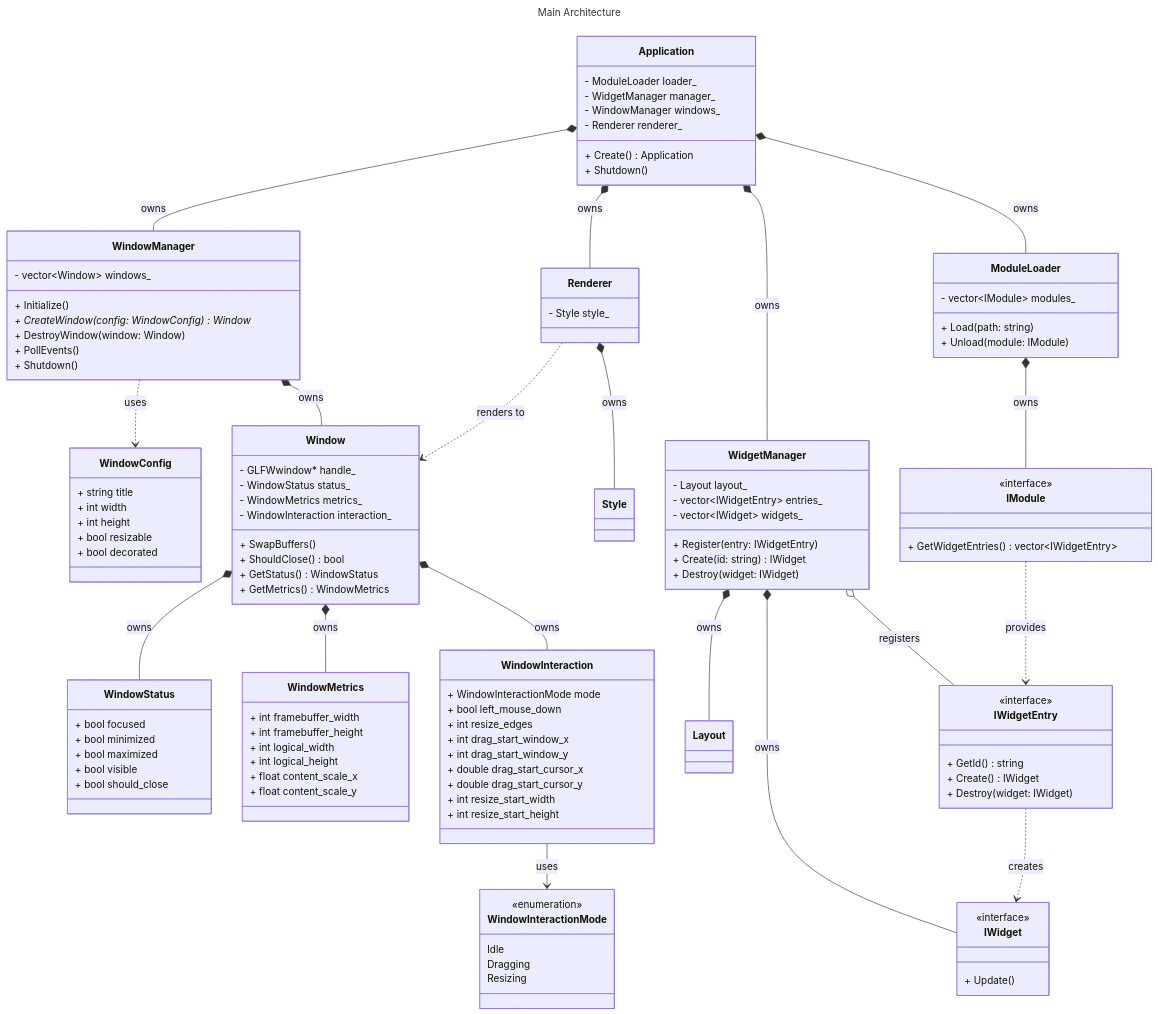
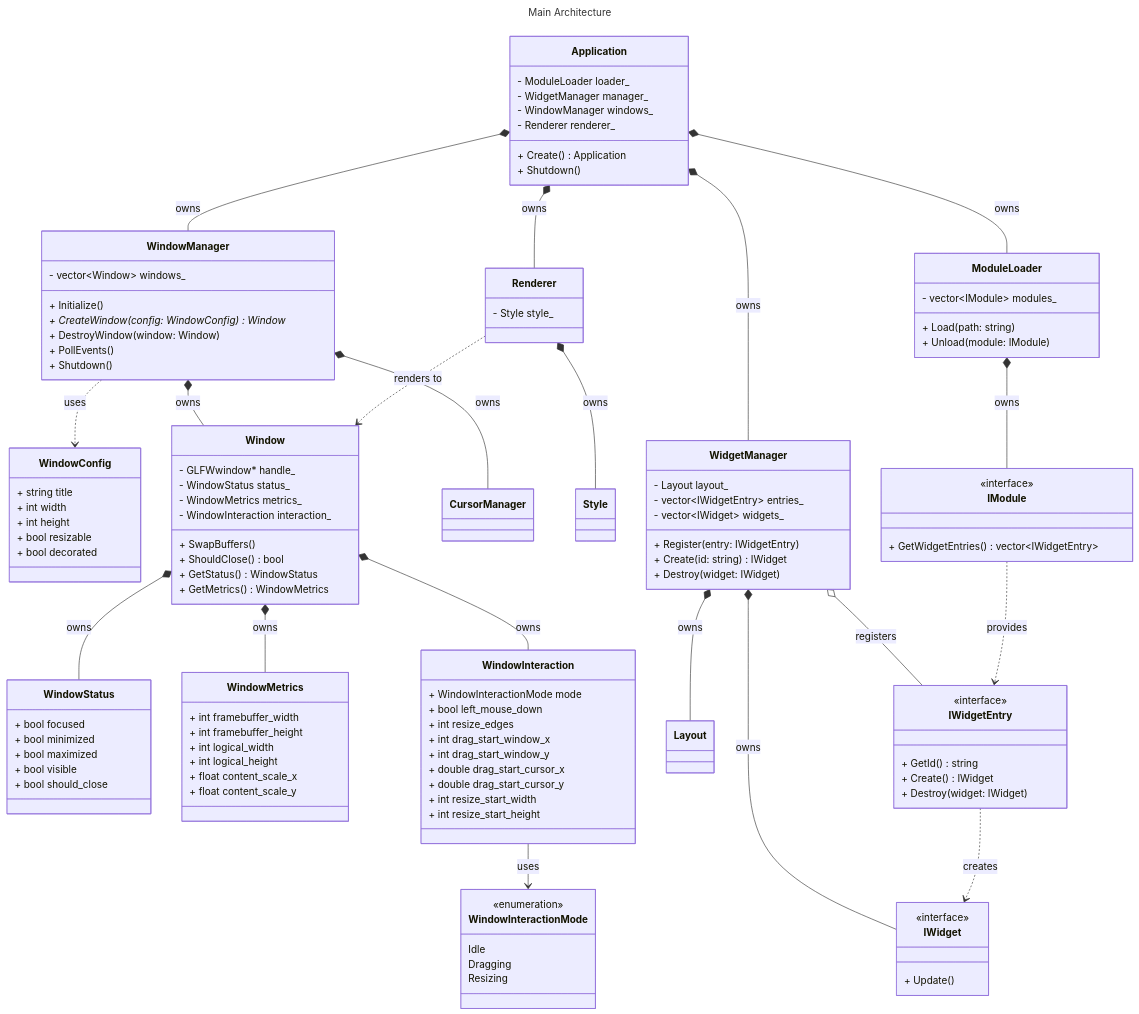
One commit to Arc-Asumity/broise changed the diagram in docs/UML.md. Above: the diagram before and after it, drawn with Mermaid. The commit also changed 7 other files, not shown here.

```diff
--- a/docs/UML.md
+++ b/docs/UML.md
@@ -81,6 +81,8 @@
     Resizing
 }
 
+class CursorManager
+
 class Style
 
 class ModuleLoader {
@@ -124,6 +126,7 @@
 
 WindowManager *-- Window : owns
 WindowManager ..> WindowConfig : uses
+WindowManager *-- CursorManager : owns
 
 Window *-- WindowStatus : owns
 Window *-- WindowMetrics : owns
```
